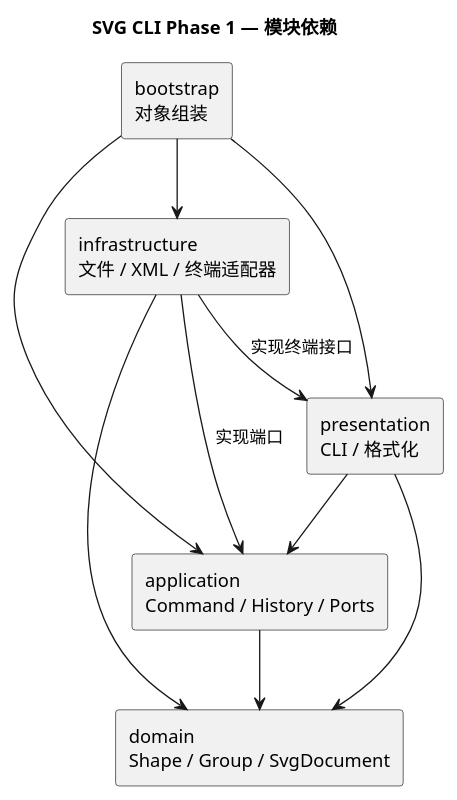
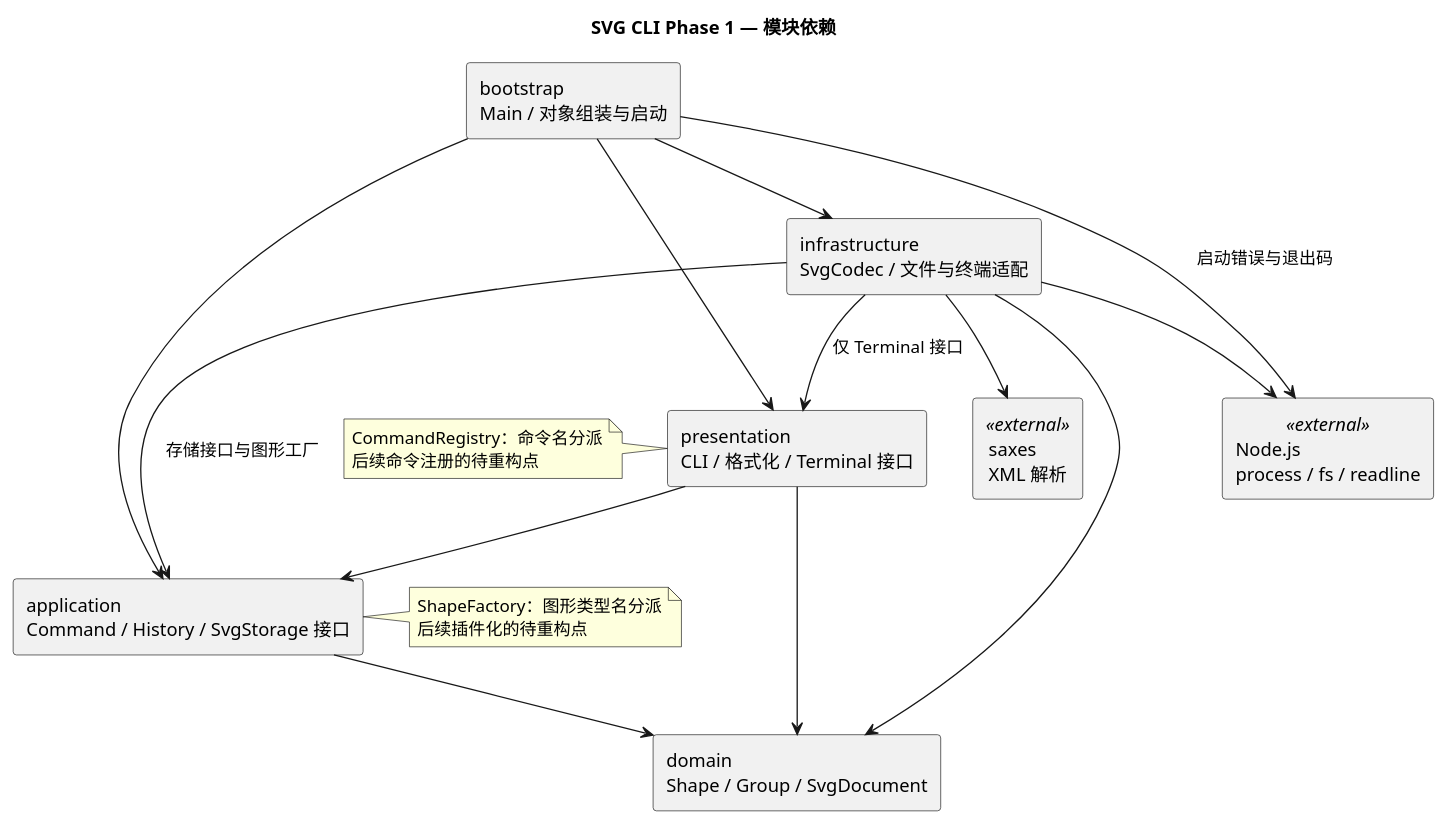
One commit to zhang66678/software_design_PJ changed the diagram in doc/architecture.puml. Above: the diagram before and after it, drawn with PlantUML. The commit also changed 2 other files, not shown here.

```diff
--- a/doc/architecture.puml
+++ b/doc/architecture.puml
@@ -1,18 +1,31 @@
 @startuml
 title SVG CLI Phase 1 — 模块依赖
 skinparam componentStyle rectangle
-component "bootstrap\n对象组装" as Boot
-component "presentation\nCLI / 格式化" as UI
-component "application\nCommand / History / Ports" as App
+component "bootstrap\nMain / 对象组装与启动" as Boot
+component "presentation\nCLI / 格式化 / Terminal 接口" as UI
+component "application\nCommand / History / SvgStorage 接口" as App
 component "domain\nShape / Group / SvgDocument" as Domain
-component "infrastructure\n文件 / XML / 终端适配器" as Infra
+component "infrastructure\nSvgCodec / 文件与终端适配" as Infra
+component "saxes\nXML 解析" as XML <<external>>
+component "Node.js\nprocess / fs / readline" as Node <<external>>
 Boot --> UI
 Boot --> App
 Boot --> Infra
+Boot --> Node : 启动错误与退出码
 UI --> App
 UI --> Domain
 App --> Domain
-Infra --> App : 实现端口
-Infra --> UI : 实现终端接口
+Infra --> App : 存储接口与图形工厂
+Infra --> UI : 仅 Terminal 接口
 Infra --> Domain
+Infra --> XML
+Infra --> Node
+note right of App
+  ShapeFactory：图形类型名分派
+  后续插件化的待重构点
+end note
+note left of UI
+  CommandRegistry：命令名分派
+  后续命令注册的待重构点
+end note
 @enduml
```
